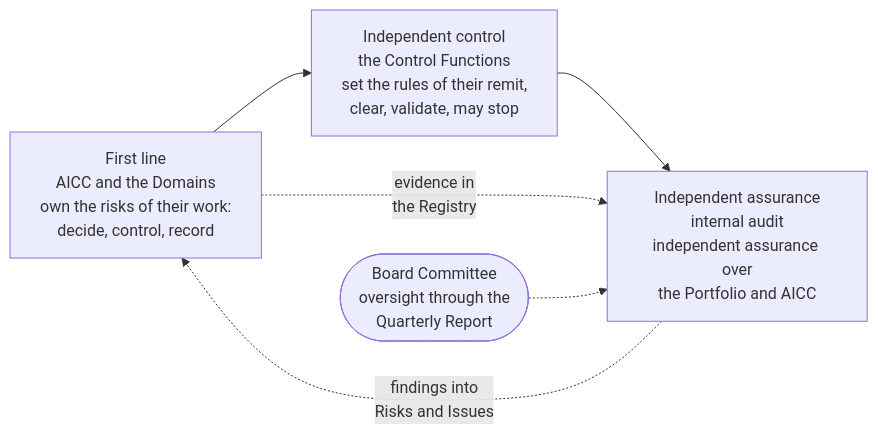
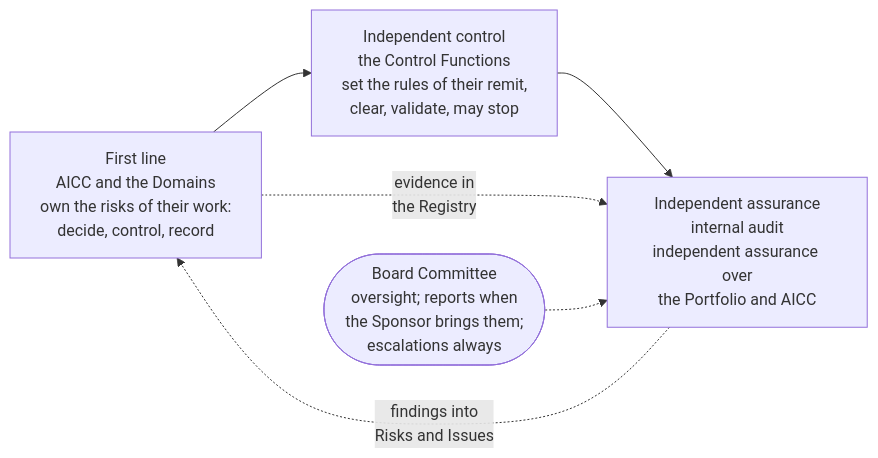
One commit to devhogu/ob-aicc changed the diagram in portal/content/en/governance/records-evidence-and-assurance.md. Above: the diagram before and after it, drawn with Mermaid. The commit also changed other lines of this file and 150 other files, not shown here.

````diff
--- a/portal/content/en/governance/records-evidence-and-assurance.md
+++ b/portal/content/en/governance/records-evidence-and-assurance.md
@@ -25,8 +25,8 @@
 ```mermaid
 flowchart LR
   L1["First line<br/>AICC and the Domains<br/>own the risks of their work:<br/>decide, control, record"] --> L2["Independent control<br/>the Control Functions<br/>set the rules of their remit,<br/>clear, validate, may stop"]
   L2 --> L3["Independent assurance<br/>internal audit<br/>independent assurance over<br/>the Portfolio and AICC"]
   L1 -.->|"evidence in<br/>the Registry"| L3
   L3 -.->|"findings into<br/>Risks and Issues"| L1
-  B(["Board Committee<br/>oversight through the<br/>Quarterly Report"]) -.-> L3
+  B(["Board Committee<br/>oversight; reports when<br/>the Sponsor brings them;<br/>escalations always"]) -.-> L3
 ```
````
